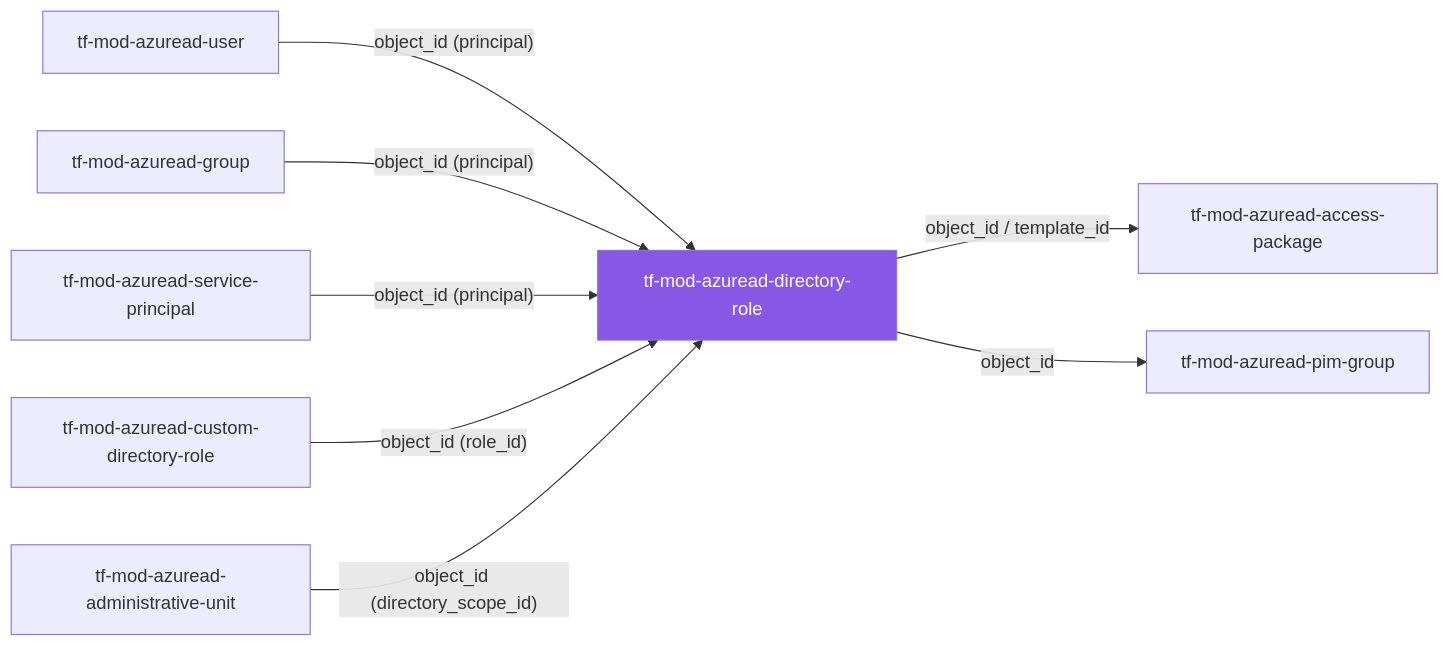
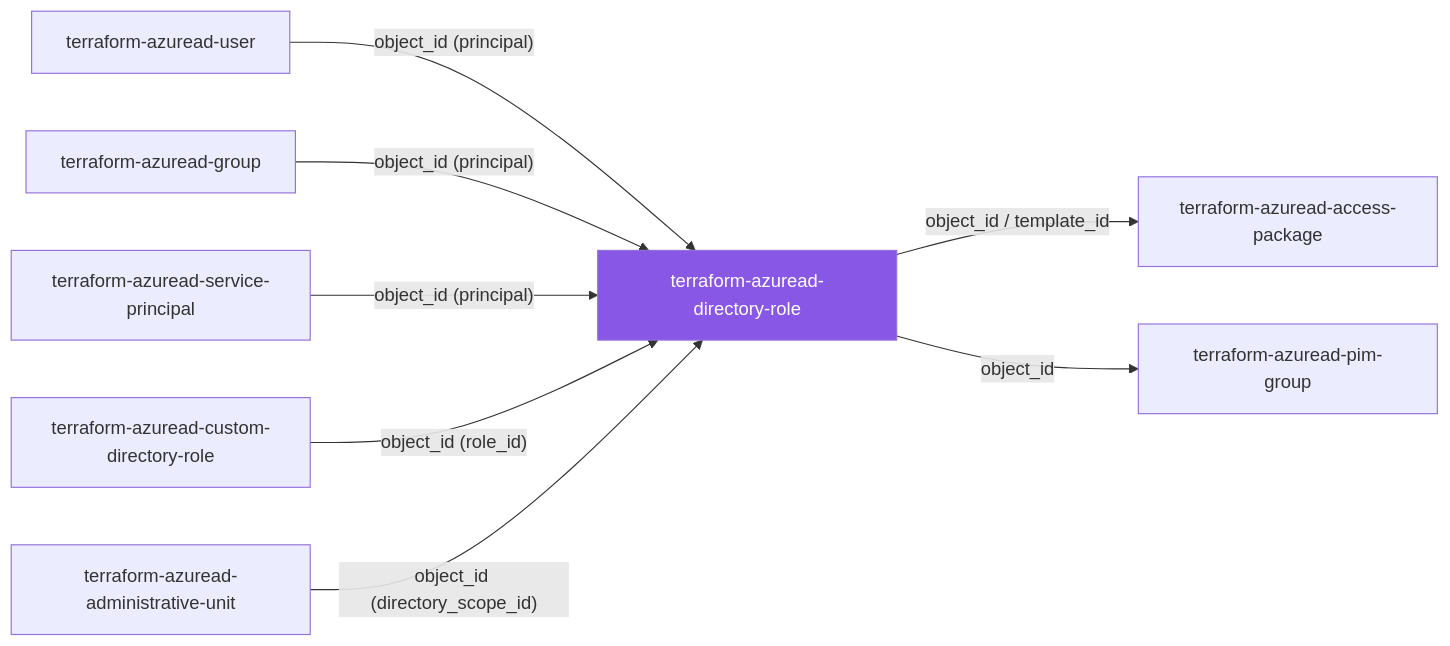
One commit to microsoftexpert/terraform-azuread-directory-role changed the first of 2 diagrams in README.md. Above: the diagram before and after it, drawn with Mermaid. The commit also changed other lines of this file and 2 other files, not shown here.

````diff
--- a/README.md
+++ b/README.md
@@ -37,24 +37,24 @@
 ```mermaid
 flowchart LR
- user["tf-mod-azuread-user"]
- group["tf-mod-azuread-group"]
- sp["tf-mod-azuread-service-principal"]
- custom["tf-mod-azuread-custom-directory-role"]
- au["tf-mod-azuread-administrative-unit"]
+ user["terraform-azuread-user"]
+ group["terraform-azuread-group"]
+ sp["terraform-azuread-service-principal"]
+ custom["terraform-azuread-custom-directory-role"]
+ au["terraform-azuread-administrative-unit"]
 
- dr["tf-mod-azuread-directory-role"]
+ dr["terraform-azuread-directory-role"]
 
- ap["tf-mod-azuread-access-package"]
- pim["tf-mod-azuread-pim-group"]
+ ap["terraform-azuread-access-package"]
+ pim["terraform-azuread-pim-group"]
 
  user -- "object_id (principal)" --> dr
  group -- "object_id (principal)" --> dr
  sp -- "object_id (principal)" --> dr
  custom -- "object_id (role_id)" --> dr
  au -- "object_id (directory_scope_id)" --> dr
 
  dr -- "object_id / template_id" --> ap
  dr -- "object_id" --> pim
 
  style dr fill:#8957E5,color:#fff
 ```
````
